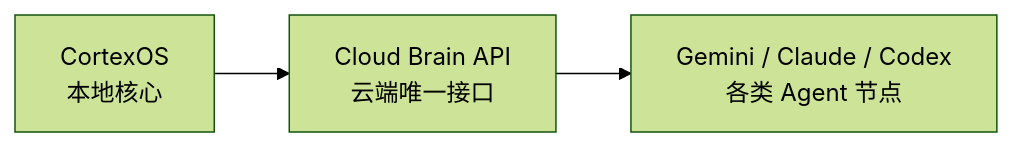
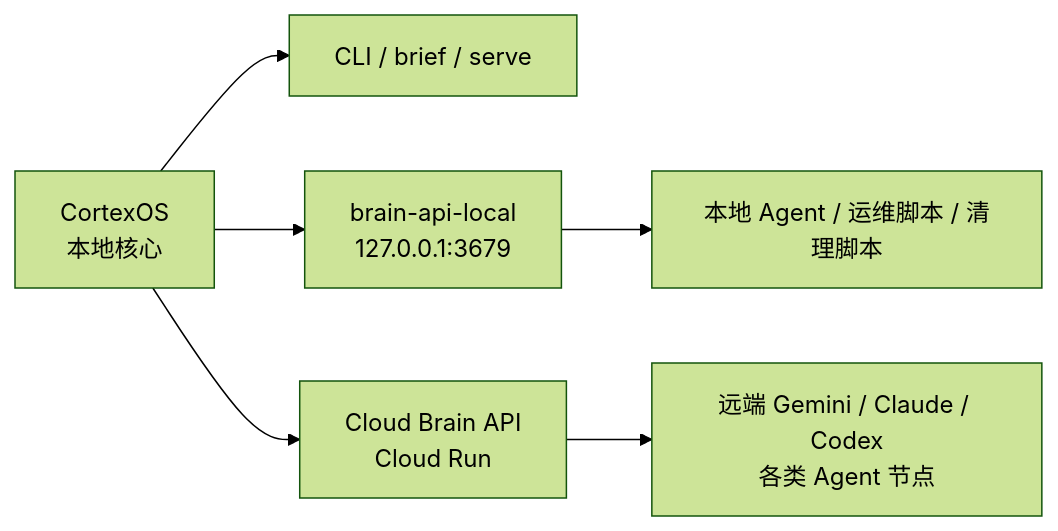
The ninth of 10 diagrams in docs/ops/architecture.md (webkubor/CortexOS), drawn with Mermaid (forest theme) before and after one commit. The commit also changed other lines of this file and 2 other files, not shown here.

````diff
--- a/docs/ops/architecture.md
+++ b/docs/ops/architecture.md
@@ -208,5 +235,8 @@
 ```mermaid
 flowchart LR
-  brain["CortexOS\n本地核心"] --> cloud["Cloud Brain API\n云端唯一接口"]
-  cloud --> agents["Gemini / Claude / Codex\n各类 Agent 节点"]
+  brain["CortexOS\n本地核心"] --> cli["CLI / brief / serve"]
+  brain --> local["brain-api-local\n127.0.0.1:3679"]
+  brain --> cloud["Cloud Brain API\nCloud Run"]
+  local --> agents["本地 Agent / 运维脚本 / 清理脚本"]
+  cloud --> remote["远端 Gemini / Claude / Codex\n各类 Agent 节点"]
 ```
````
